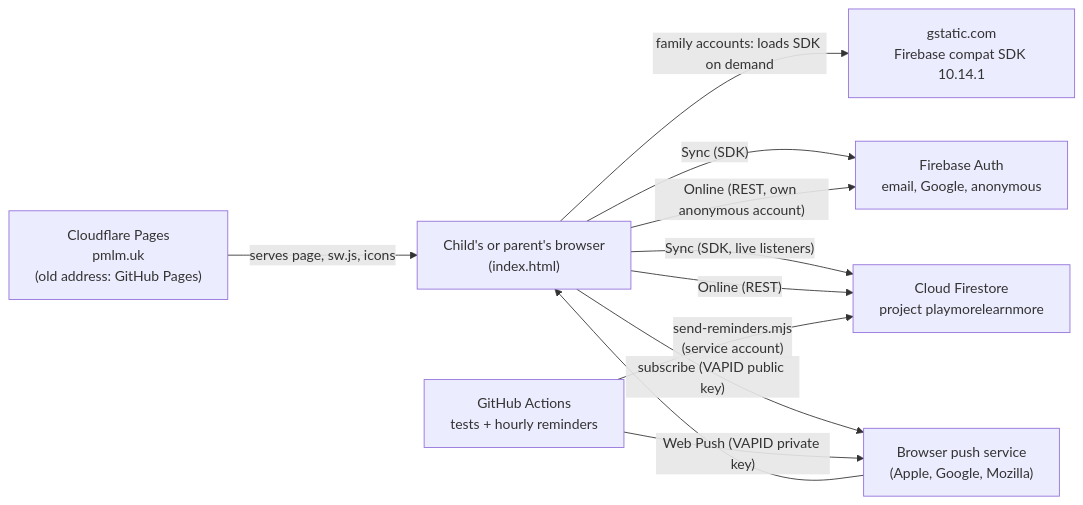
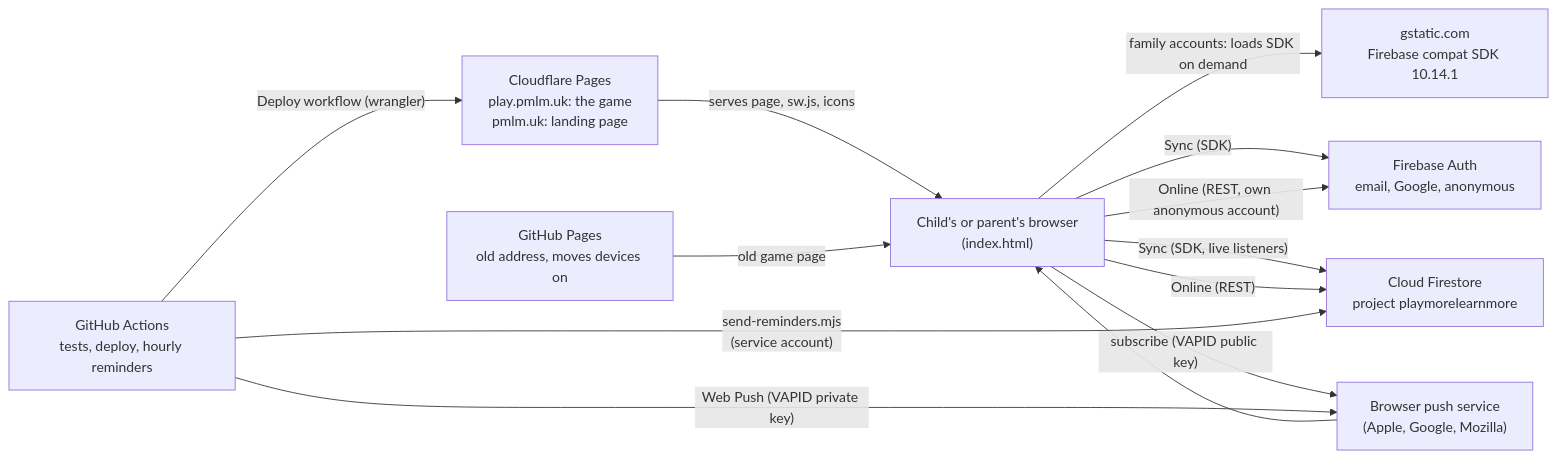
One commit to Rendorf/play-more-learn-more changed the third of 4 diagrams in docs/technology/architecture.md. Above: the diagram before and after it, drawn with Mermaid. The commit also changed other lines of this file and 56 other files, not shown here.

First line of the commit message:
Add the pmlm.uk landing page and move the game to play.pmlm.uk

````diff
--- a/docs/technology/architecture.md
+++ b/docs/technology/architecture.md
@@ -93,21 +98,24 @@
 ```mermaid
 flowchart LR
   device["Child's or parent's browser<br>(index.html)"]
-  pages["Cloudflare Pages<br>pmlm.uk<br>(old address: GitHub Pages)"]
+  pages["Cloudflare Pages<br>play.pmlm.uk: the game<br>pmlm.uk: landing page"]
+  ghp["GitHub Pages<br>old address, moves devices on"]
   gstatic["gstatic.com<br>Firebase compat SDK 10.14.1"]
   auth["Firebase Auth<br>email, Google, anonymous"]
   fs["Cloud Firestore<br>project playmorelearnmore"]
   push["Browser push service<br>(Apple, Google, Mozilla)"]
-  gha["GitHub Actions<br>tests + hourly reminders"]
+  gha["GitHub Actions<br>tests, deploy, hourly reminders"]
 
   pages -- "serves page, sw.js, icons" --> device
+  ghp -- "old game page" --> device
+  gha -- "Deploy workflow (wrangler)" --> pages
   device -- "family accounts: loads SDK on demand" --> gstatic
   device -- "Sync (SDK)" --> auth
   device -- "Sync (SDK, live listeners)" --> fs
   device -- "Online (REST, own anonymous account)" --> auth
   device -- "Online (REST)" --> fs
   device -- "subscribe (VAPID public key)" --> push
   gha -- "send-reminders.mjs<br>(service account)" --> fs
   gha -- "Web Push (VAPID private key)" --> push
   push --> device
 ```
````
